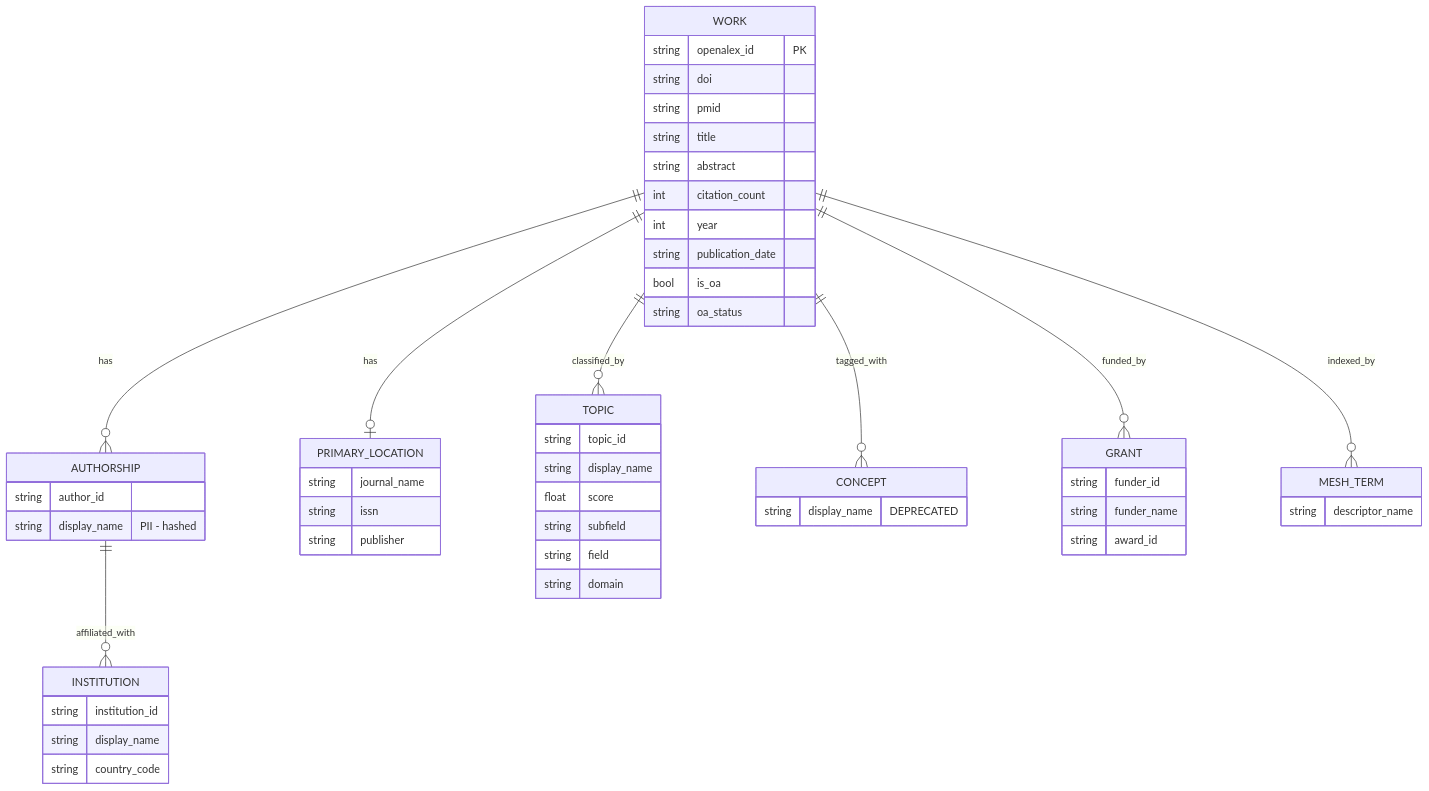
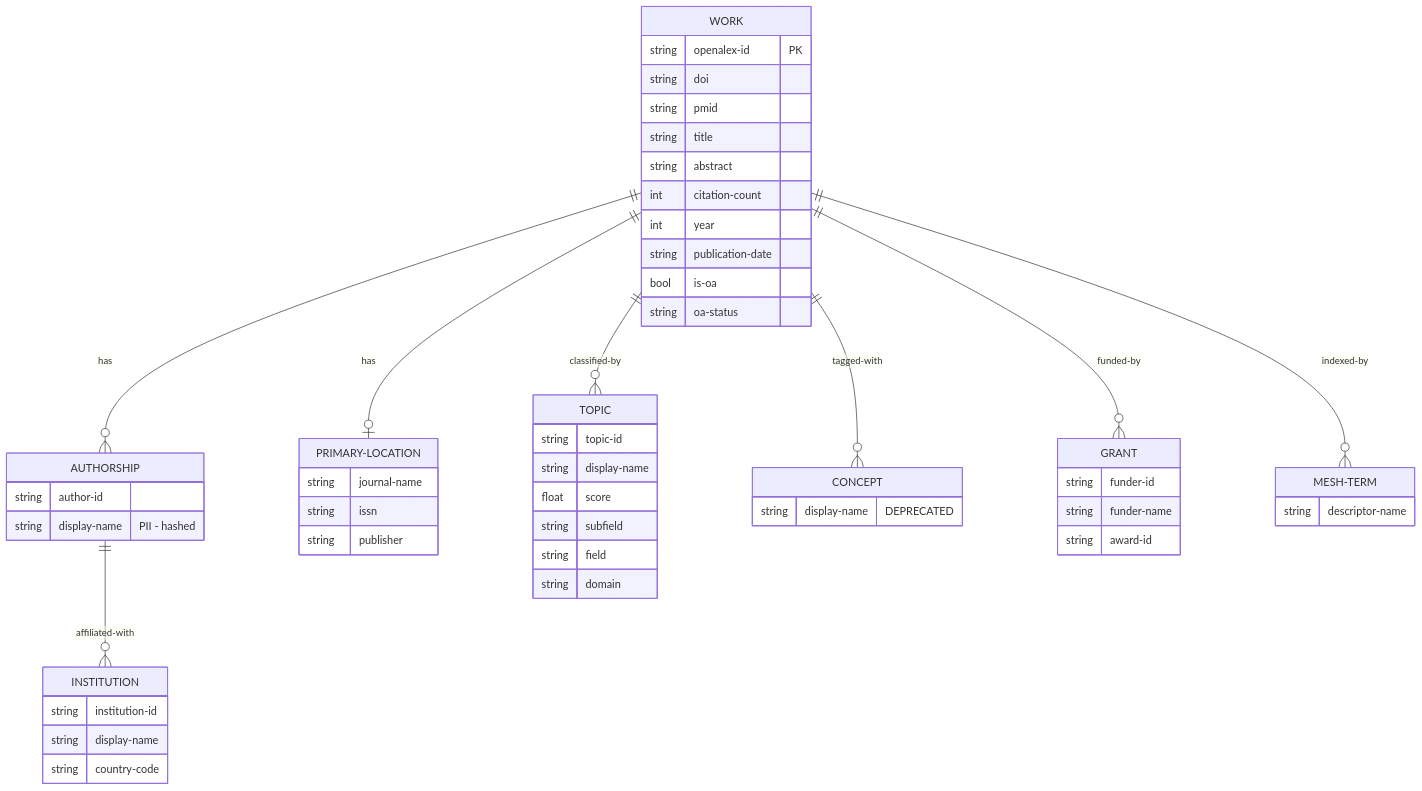
The second of 2 diagrams in docs/04-reference/pipelines/openalex-publication.md (SatoryKono/BioactivityDataAcquisition), drawn with Mermaid before and after one commit. The commit also changed other lines of this file and 311 other files, not shown here.

````diff
--- a/docs/04-reference/pipelines/openalex-publication.md
+++ b/docs/04-reference/pipelines/openalex-publication.md
@@ -567,64 +567,64 @@
 ```mermaid
 erDiagram
     WORK ||--o{ AUTHORSHIP : has
-    WORK ||--o| PRIMARY_LOCATION : has
-    WORK ||--o{ TOPIC : classified_by
-    WORK ||--o{ CONCEPT : tagged_with
-    WORK ||--o{ GRANT : funded_by
-    WORK ||--o{ MESH_TERM : indexed_by
+    WORK ||--o| PRIMARY-LOCATION : has
+    WORK ||--o{ TOPIC : classified-by
+    WORK ||--o{ CONCEPT : tagged-with
+    WORK ||--o{ GRANT : funded-by
+    WORK ||--o{ MESH-TERM : indexed-by
 
-    AUTHORSHIP ||--o{ INSTITUTION : affiliated_with
+    AUTHORSHIP ||--o{ INSTITUTION : affiliated-with
 
     WORK {
-        string openalex_id PK
+        string openalex-id PK
         string doi
         string pmid
         string title
         string abstract
-        int citation_count
+        int citation-count
         int year
-        string publication_date
-        bool is_oa
-        string oa_status
+        string publication-date
+        bool is-oa
+        string oa-status
     }
 
     AUTHORSHIP {
-        string author_id
-        string display_name "PII - hashed"
+        string author-id
+        string display-name "PII - hashed"
     }
 
     INSTITUTION {
-        string institution_id
-        string display_name
-        string country_code
+        string institution-id
+        string display-name
+        string country-code
     }
 
-    PRIMARY_LOCATION {
-        string journal_name
+    PRIMARY-LOCATION {
+        string journal-name
         string issn
         string publisher
     }
 
     TOPIC {
-        string topic_id
-        string display_name
+        string topic-id
+        string display-name
         float score
         string subfield
         string field
         string domain
     }
 
     CONCEPT {
-        string display_name "DEPRECATED"
+        string display-name "DEPRECATED"
     }
 
     GRANT {
-        string funder_id
-        string funder_name
-        string award_id
+        string funder-id
+        string funder-name
+        string award-id
     }
 
-    MESH_TERM {
-        string descriptor_name
+    MESH-TERM {
+        string descriptor-name
     }
 ```
````
